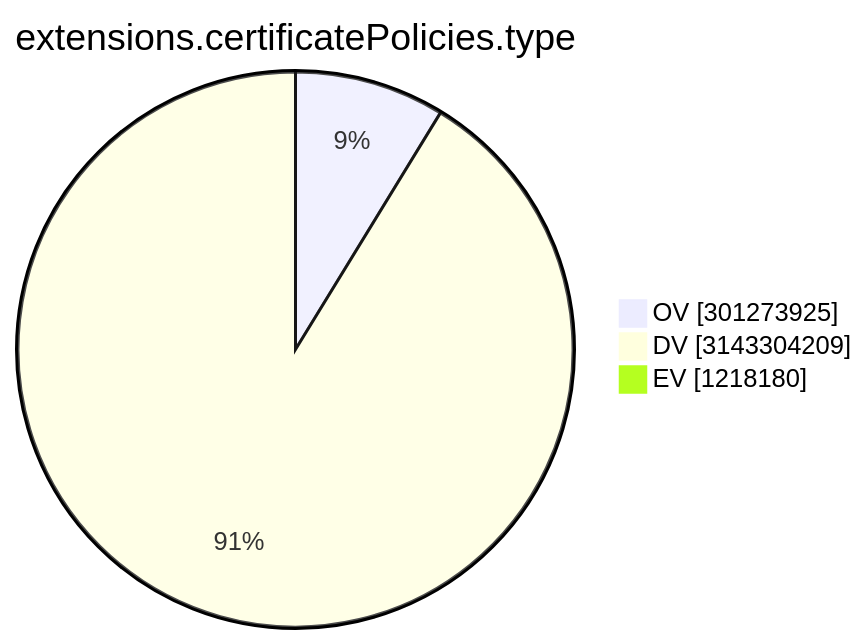
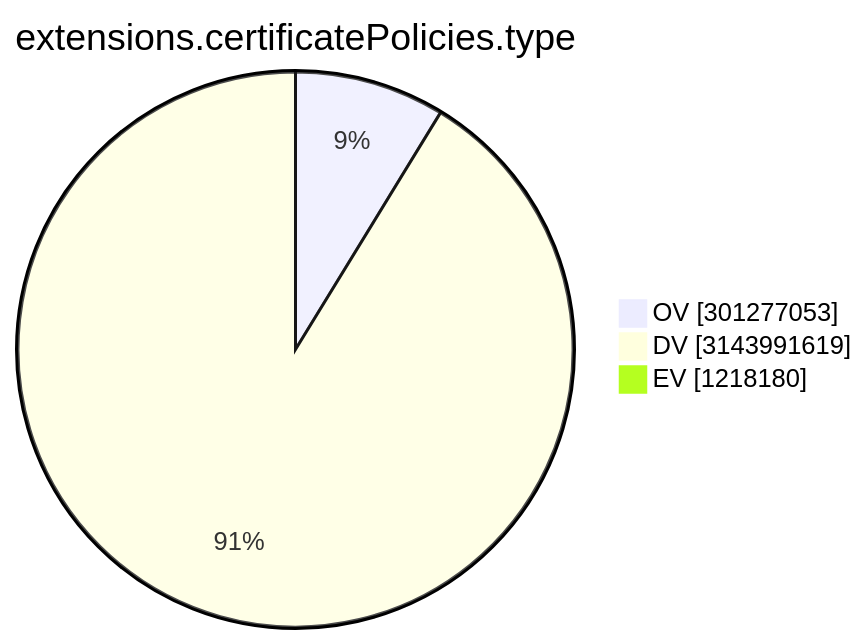
One commit to christiankrug/ctmonitor_visualization changed the ninth of 15 diagrams in TOTAL/README.md. Above: the diagram before and after it, drawn with Mermaid. The commit also changed other lines of this file, not shown here.

````diff
--- a/TOTAL/README.md
+++ b/TOTAL/README.md
@@ -3105,7 +3105,7 @@
 ```mermaid
 pie showData
 title extensions.certificatePolicies.type
-"OV" :301273925
-"DV" :3143304209
+"OV" :301277053
+"DV" :3143991619
 "EV" :1218180
 ```
````
